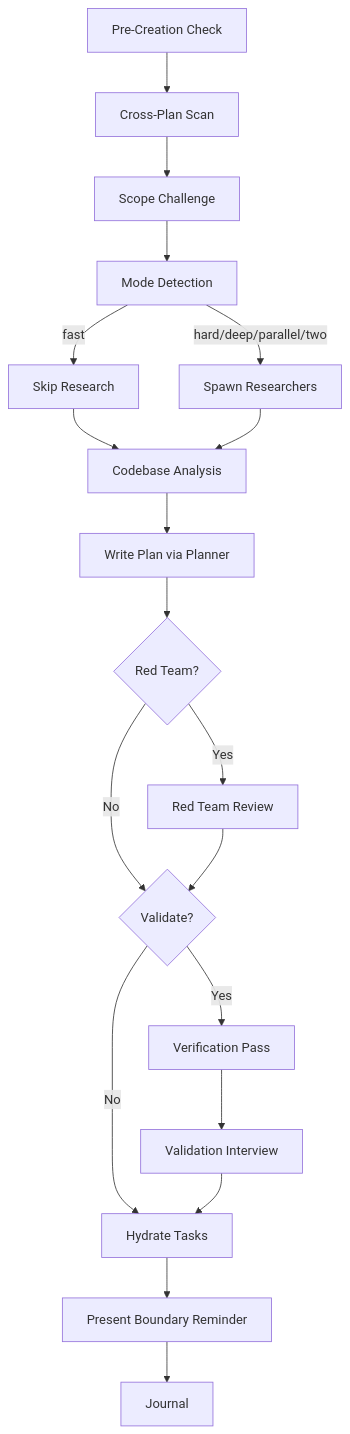
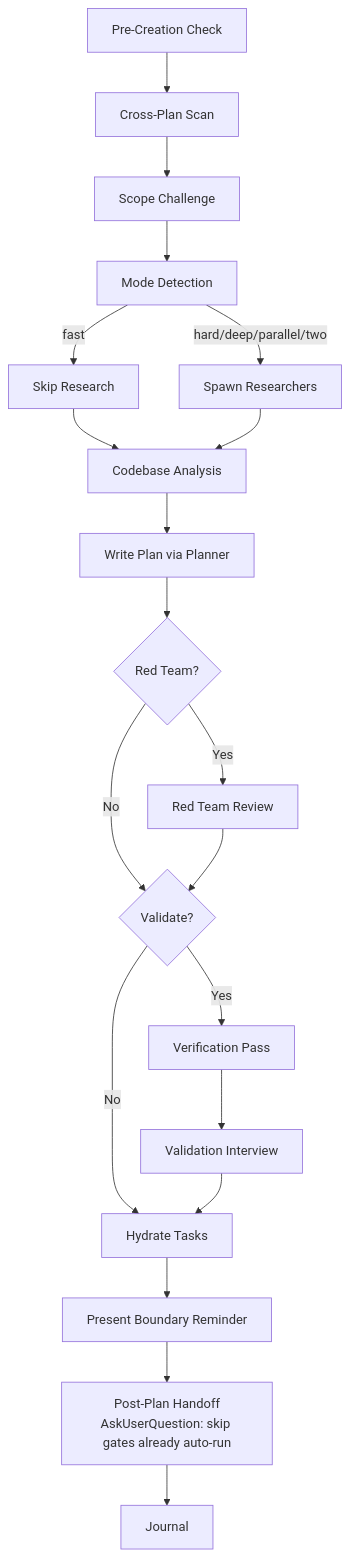
The diagram in claude/skills/ck-plan/SKILL.md (duy-tung/claudekit-engineer-codex), drawn with Mermaid before and after one commit. The commit also changed other lines of this file and 9 other files, not shown here.

````diff
--- a/claude/skills/ck-plan/SKILL.md
+++ b/claude/skills/ck-plan/SKILL.md
@@ -211,21 +211,22 @@
 ```mermaid
 flowchart TD
     A[Pre-Creation Check] --> B[Cross-Plan Scan]
     B --> C[Scope Challenge]
     C --> D[Mode Detection]
     D -->|fast| E[Skip Research]
     D -->|hard/deep/parallel/two| F[Spawn Researchers]
     E --> G[Codebase Analysis]
     F --> G
     G --> H[Write Plan via Planner]
     H --> I{Red Team?}
     I -->|Yes| J[Red Team Review]
     I -->|No| K{Validate?}
     J --> K
     K -->|Yes| V[Verification Pass]
     K -->|No| M[Hydrate Tasks]
     V --> L[Validation Interview]
     L --> M
     M --> N[Present Boundary Reminder]
-    N --> O[Journal]
+    N --> P[Post-Plan Handoff<br/>AskUserQuestion: skip gates already auto-run]
+    P --> O[Journal]
 ```
````
